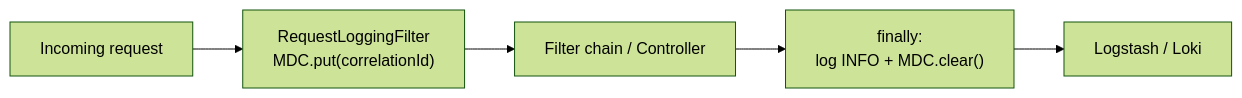
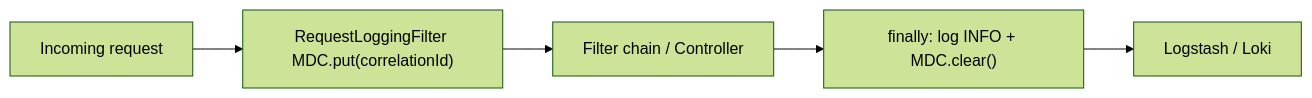
The fourth of 4 diagrams in ebank-monolith/doc/OBSERVABILITY.md (Samlogy/ebank-app), drawn with Mermaid (forest theme) before and after one commit. The commit also changed 3 other files, not shown here.

````diff
--- a/ebank-monolith/doc/OBSERVABILITY.md
+++ b/ebank-monolith/doc/OBSERVABILITY.md
@@ -105,7 +105,7 @@
 ```mermaid
 flowchart LR
-    Req["Incoming request"] --> F["RequestLoggingFilter\nMDC.put(correlationId)"]
+    Req["Incoming request"] --> F["RequestLoggingFilter MDC.put(correlationId)"]
     F --> Chain["Filter chain / Controller"]
-    Chain --> F2["finally:\nlog INFO + MDC.clear()"]
+    Chain --> F2["finally: log INFO + MDC.clear()"]
     F2 --> Out["Logstash / Loki"]
 ```
````
